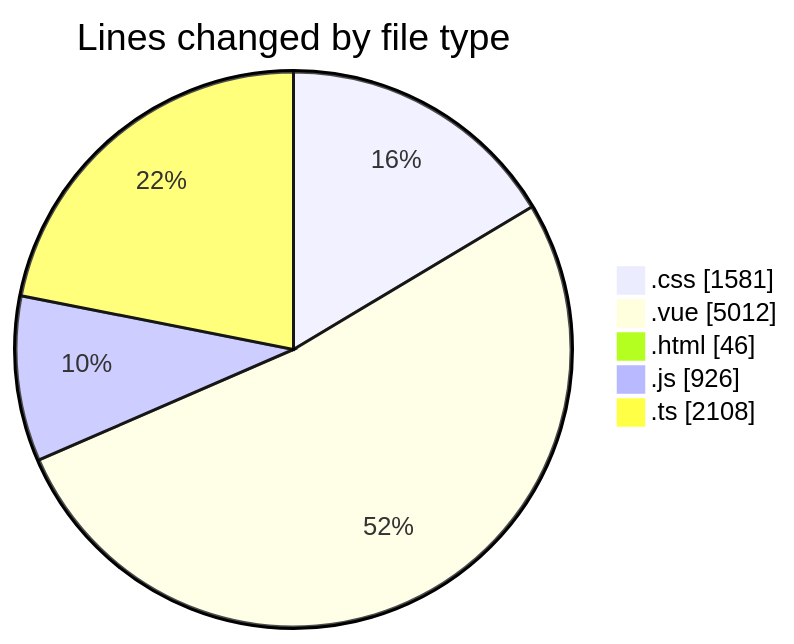
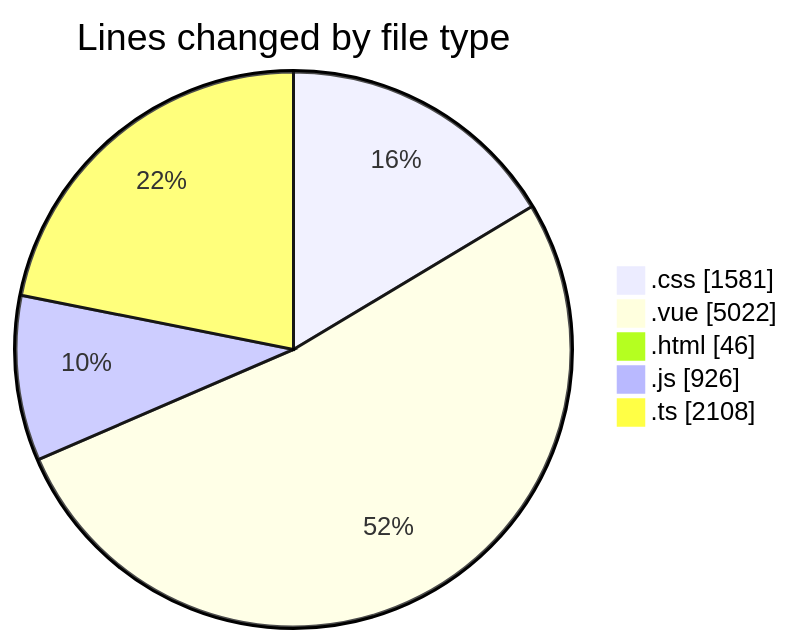
Before and after one commit to lephambinh05/code-tracking: the first of 2 diagrams in 2025-08-18/rentotp/README.md, drawn with Mermaid. The commit also changed other lines of this file and 1 other file, not shown here.

````diff
--- a/2025-08-18/rentotp/README.md
+++ b/2025-08-18/rentotp/README.md
@@ -51,9 +51,9 @@
 ```mermaid
 pie showData
 title Lines changed by file type
 ".css" : 1581
-".vue" : 5012
+".vue" : 5022
 ".html" : 46
 ".js" : 926
 ".ts" : 2108
 ```
````
